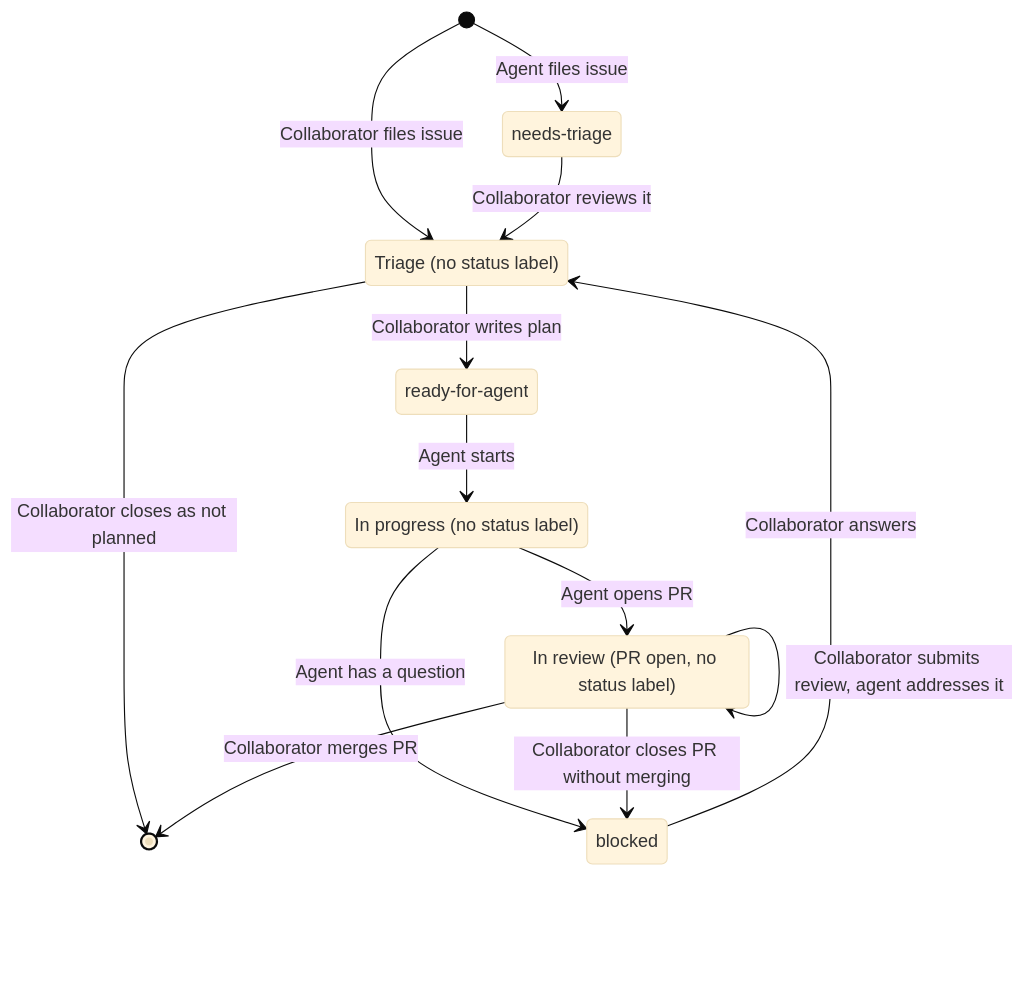
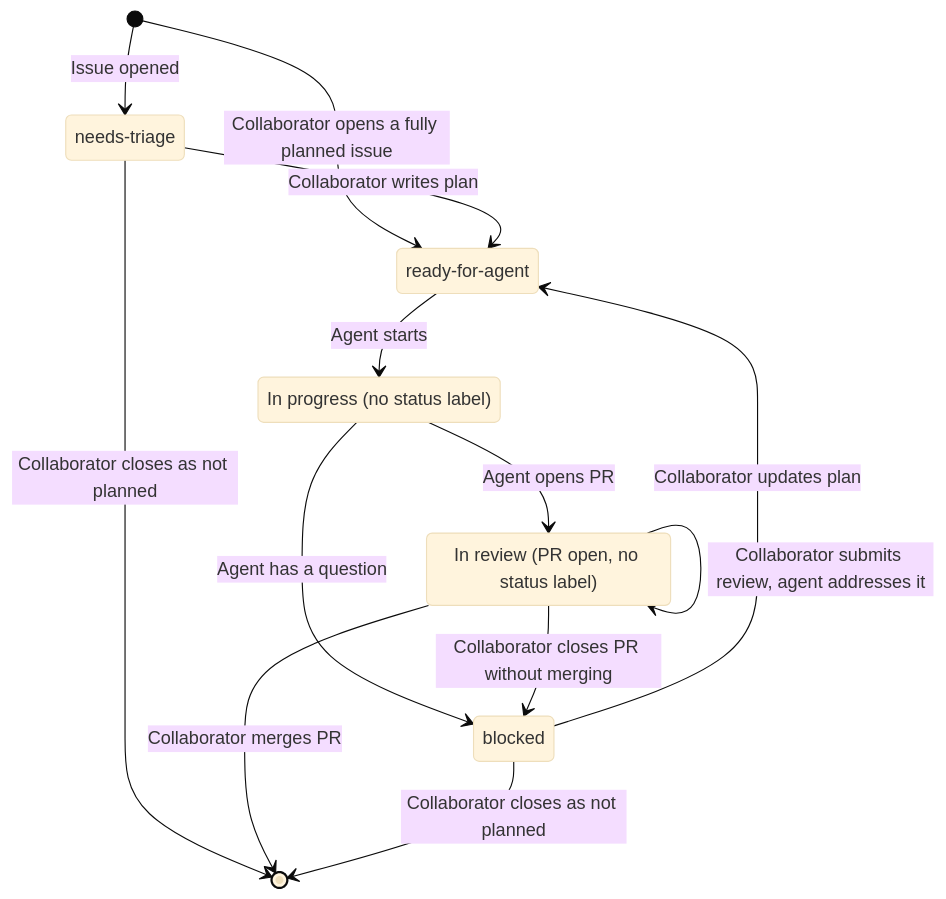
Before and after one commit to okorz001/flashcards: the diagram in docs/agent-workflow.md, drawn with Mermaid (base theme). The commit also changed other lines of this file and 1 other file, not shown here.

Commit message:
Limit agents to headless runs, triage all issues

````diff
--- a/docs/agent-workflow.md
+++ b/docs/agent-workflow.md
@@ -44,22 +48,21 @@
 ```mermaid
 stateDiagram-v2
-    [*] --> NeedsTriage: Agent files issue
-    [*] --> Triage: Collaborator files issue
-    NeedsTriage --> Triage: Collaborator reviews it
-    Triage --> ReadyForAgent: Collaborator writes plan
-    Triage --> [*]: Collaborator closes as not planned
+    [*] --> NeedsTriage: Issue opened
+    [*] --> ReadyForAgent: Collaborator opens a fully planned issue
+    NeedsTriage --> ReadyForAgent: Collaborator writes plan
+    NeedsTriage --> [*]: Collaborator closes as not planned
     ReadyForAgent --> InProgress: Agent starts
     InProgress --> Blocked: Agent has a question
     InProgress --> InReview: Agent opens PR
     InReview --> InReview: Collaborator submits review, agent addresses it
     InReview --> Blocked: Collaborator closes PR without merging
     InReview --> [*]: Collaborator merges PR
-    Blocked --> Triage: Collaborator answers
+    Blocked --> ReadyForAgent: Collaborator updates plan
+    Blocked --> [*]: Collaborator closes as not planned
 
     NeedsTriage: needs-triage
-    Triage: Triage (no status label)
     ReadyForAgent: ready-for-agent
     InProgress: In progress (no status label)
     Blocked: blocked
     InReview: In review (PR open, no status label)
 ```
````
